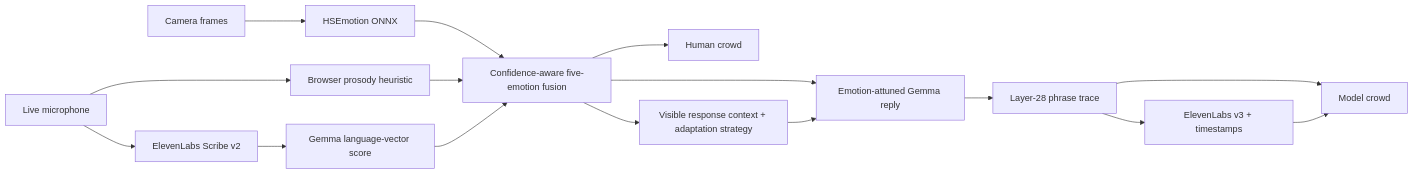
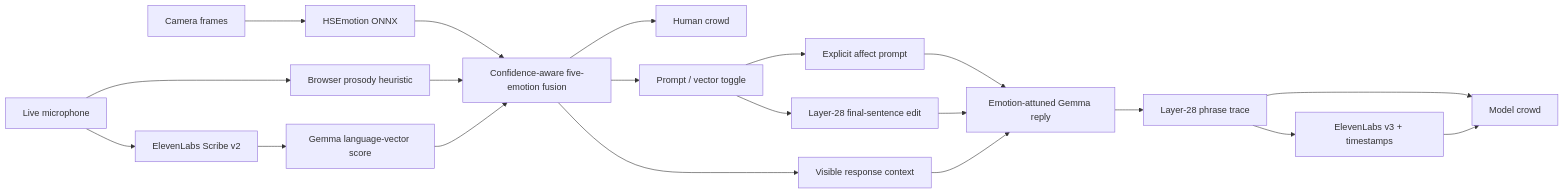
One commit to dc-121/null-hackathon changed the diagram in README.md. Above: the diagram before and after it, drawn with Mermaid. The commit also changed other lines of this file and 10 other files, not shown here.

````diff
--- a/README.md
+++ b/README.md
@@ -47,18 +46,22 @@
 ```mermaid
 flowchart LR
     Camera["Camera frames"] --> Face["HSEmotion ONNX"]
     Mic["Live microphone"] --> Prosody["Browser prosody heuristic"]
     Mic --> Scribe["ElevenLabs Scribe v2"]
     Scribe --> Words["Gemma language-vector score"]
     Face --> Fusion["Confidence-aware five-emotion fusion"]
     Prosody --> Fusion
     Words --> Fusion
     Fusion --> HumanCrowd["Human crowd"]
-    Fusion --> Context["Visible response context + adaptation strategy"]
-    Fusion --> Reply["Emotion-attuned Gemma reply"]
+    Fusion --> Context["Visible response context"]
+    Fusion --> Mode["Prompt / vector toggle"]
+    Mode --> Prompt["Explicit affect prompt"]
+    Mode --> Vector["Layer-28 final-sentence edit"]
+    Prompt --> Reply["Emotion-attuned Gemma reply"]
+    Vector --> Reply
     Context --> Reply
     Reply --> Trace["Layer-28 phrase trace"]
     Trace --> ModelCrowd["Model crowd"]
     Trace --> Voice["ElevenLabs v3 + timestamps"]
     Voice --> ModelCrowd
 ```
````
